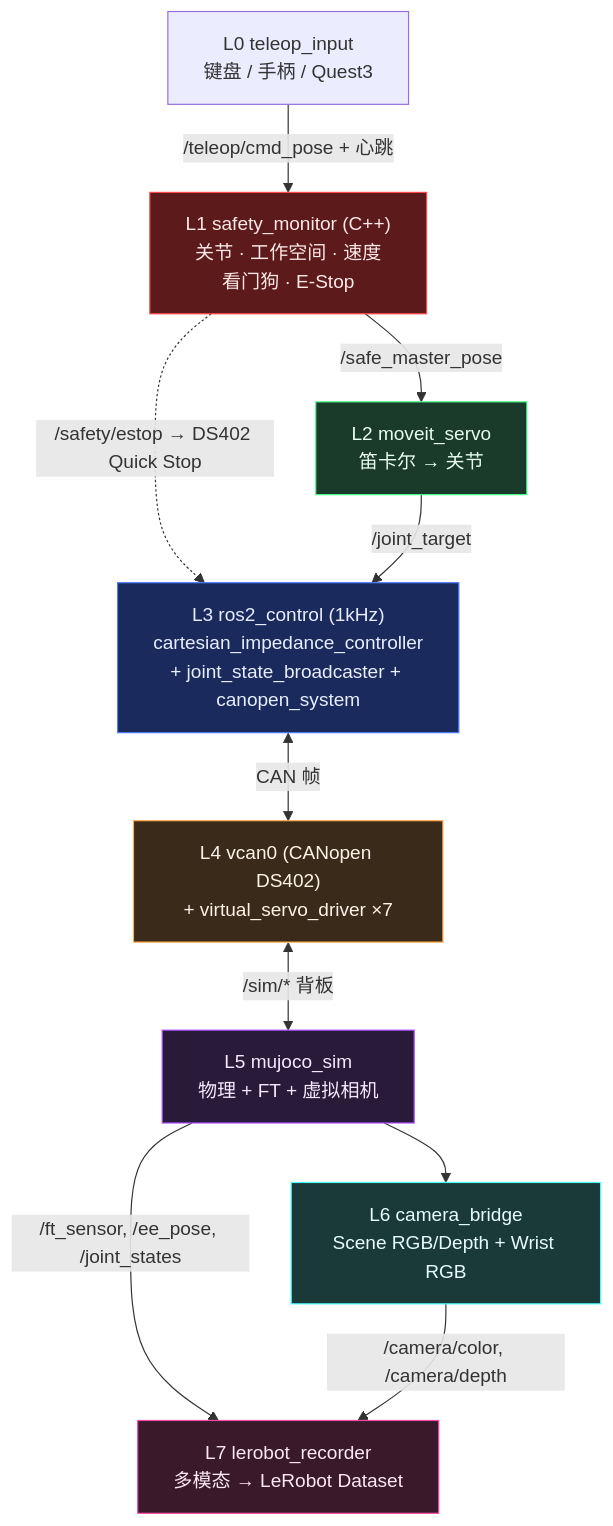
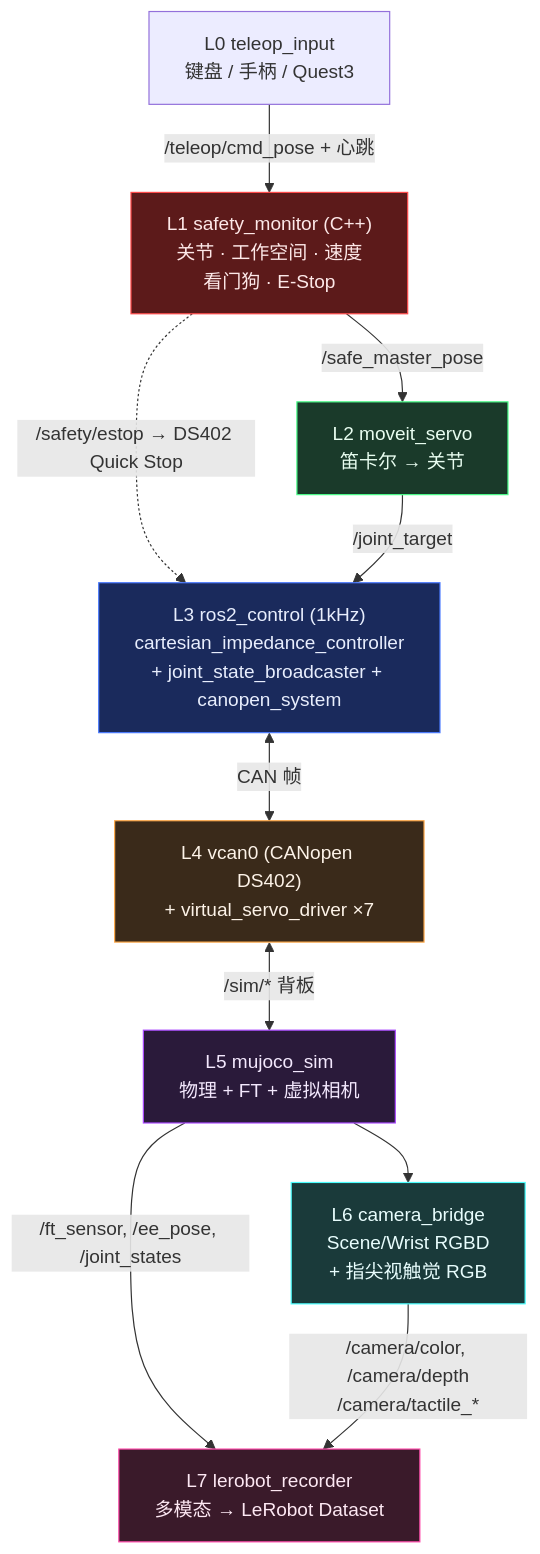
The second of 2 diagrams in README.md (inayina/ros2-arm-teleoperation-suite), drawn with Mermaid before and after one commit. The commit also changed other lines of this file and 51 other files, not shown here.

````diff
--- a/README.md
+++ b/README.md
@@ -141,29 +141,29 @@
 ```mermaid
 flowchart TB
     TI["L0 teleop_input<br/>键盘 / 手柄 / Quest3"]
     SM["L1 safety_monitor (C++)<br/>关节 · 工作空间 · 速度<br/>看门狗 · E-Stop"]
     SV["L2 moveit_servo<br/>笛卡尔 → 关节"]
     RC["L3 ros2_control (1kHz)<br/>cartesian_impedance_controller<br/>+ joint_state_broadcaster + canopen_system"]
     FB["L4 vcan0 (CANopen DS402)<br/>+ virtual_servo_driver ×7"]
     MJ["L5 mujoco_sim<br/>物理 + FT + 虚拟相机"]
-    CAM["L6 camera_bridge<br/>Scene RGB/Depth + Wrist RGB"]
+    CAM["L6 camera_bridge<br/>Scene/Wrist RGBD<br/>+ 指尖视触觉 RGB"]
     REC["L7 lerobot_recorder<br/>多模态 → LeRobot Dataset"]
 
     TI -->|"/teleop/cmd_pose + 心跳"| SM
     SM -->|"/safe_master_pose"| SV
     SM -.->|"/safety/estop → DS402 Quick Stop"| RC
     SV -->|"/joint_target"| RC
     RC <-->|"CAN 帧"| FB
     FB <-->|"/sim/* 背板"| MJ
     MJ -->|"/ft_sensor, /ee_pose, /joint_states"| REC
     MJ --> CAM
-    CAM -->|"/camera/color, /camera/depth"| REC
+    CAM -->|"/camera/color, /camera/depth<br/>/camera/tactile_*"| REC
 
     style SM fill:#5c1a1a,stroke:#ff4a4a,color:#fde8e8
     style SV fill:#1a3a2a,stroke:#4aff8a,color:#e8fdf0
     style RC fill:#1a2a5c,stroke:#4a7aff,color:#e8eefd
     style FB fill:#3a2a1a,stroke:#ffaa4a,color:#fdf3e8
     style MJ fill:#2a1a3a,stroke:#aa4aff,color:#f3e8fd
     style CAM fill:#1a3a3a,stroke:#4affff,color:#e8fdfd
     style REC fill:#3a1a2a,stroke:#ff4aaa,color:#fde8f3
 ```
````
